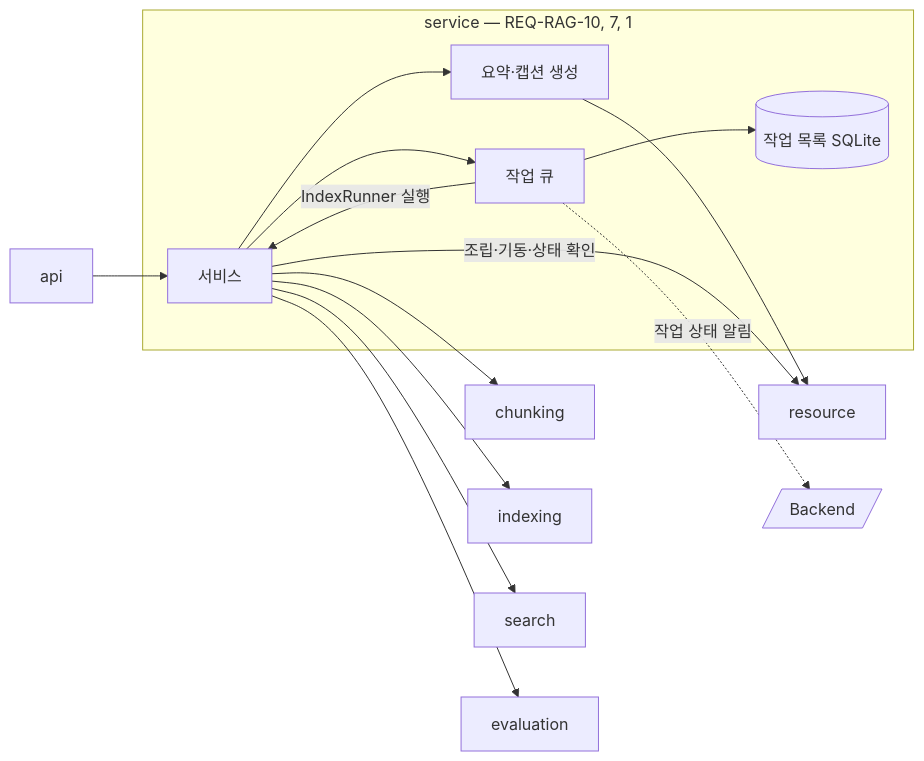
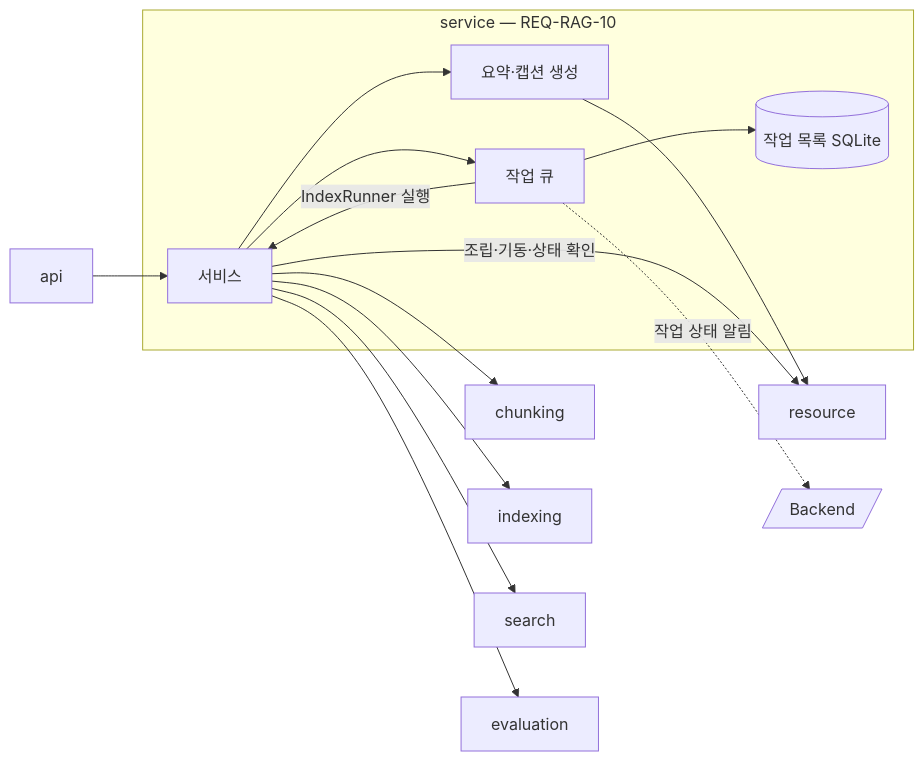
One commit to victor7-aquila/minerva changed the first of 4 diagrams in apps/rag-server/src/minerva_rag/service/MODULE.md. Above: the diagram before and after it, drawn with Mermaid. The commit also changed other lines of this file and 3 other files, not shown here.

````diff
--- a/apps/rag-server/src/minerva_rag/service/MODULE.md
+++ b/apps/rag-server/src/minerva_rag/service/MODULE.md
@@ -72,21 +72,21 @@
 ```mermaid
 flowchart LR
     API["api"] --> Services
-    subgraph Boundary["service — REQ-RAG-10, 7, 1"]
+    subgraph Boundary["service — REQ-RAG-10"]
         Services["서비스"]
         Queue["작업 큐"]
         Captioner["요약·캡션 생성"]
         DB[("작업 목록 SQLite")]
     end
     Services --> Queue
     Queue -->|IndexRunner 실행| Services
     Queue --> DB
     Services --> Captioner
     Captioner --> Resource["resource"]
     Services -->|조립·기동·상태 확인| Resource
     Services --> Chunking["chunking"]
     Services --> Indexing["indexing"]
     Services --> Search["search"]
     Services --> Evaluation["evaluation"]
     Queue -.->|작업 상태 알림| Backend[/"Backend"/]
 ```
````
